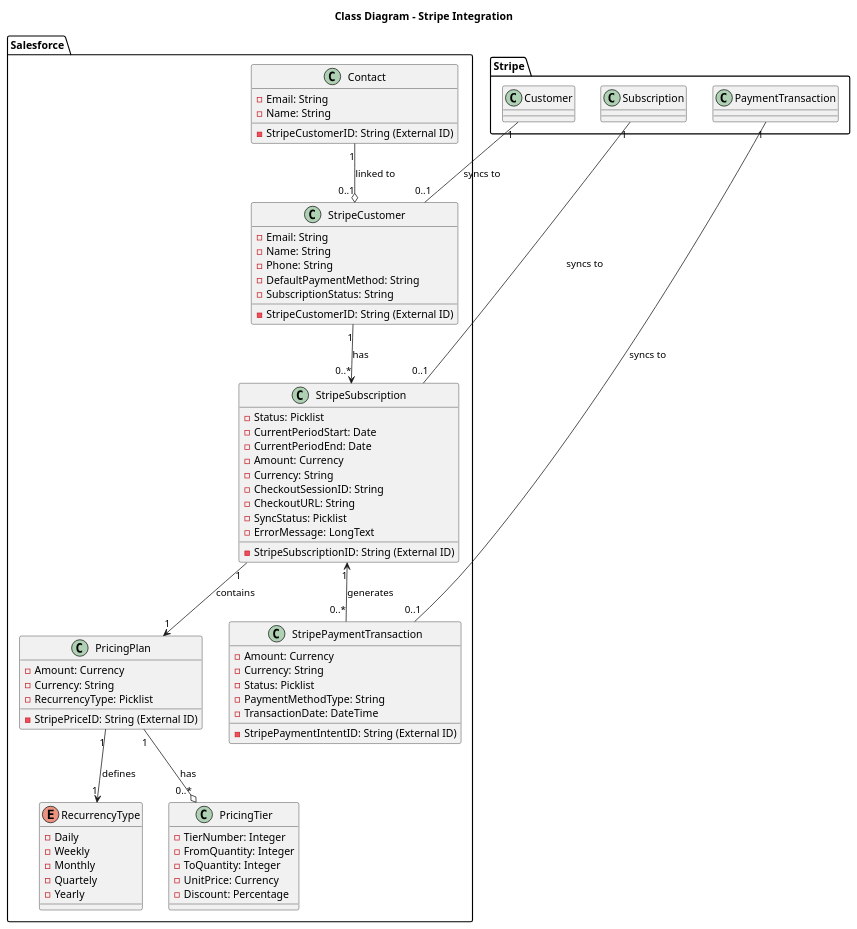
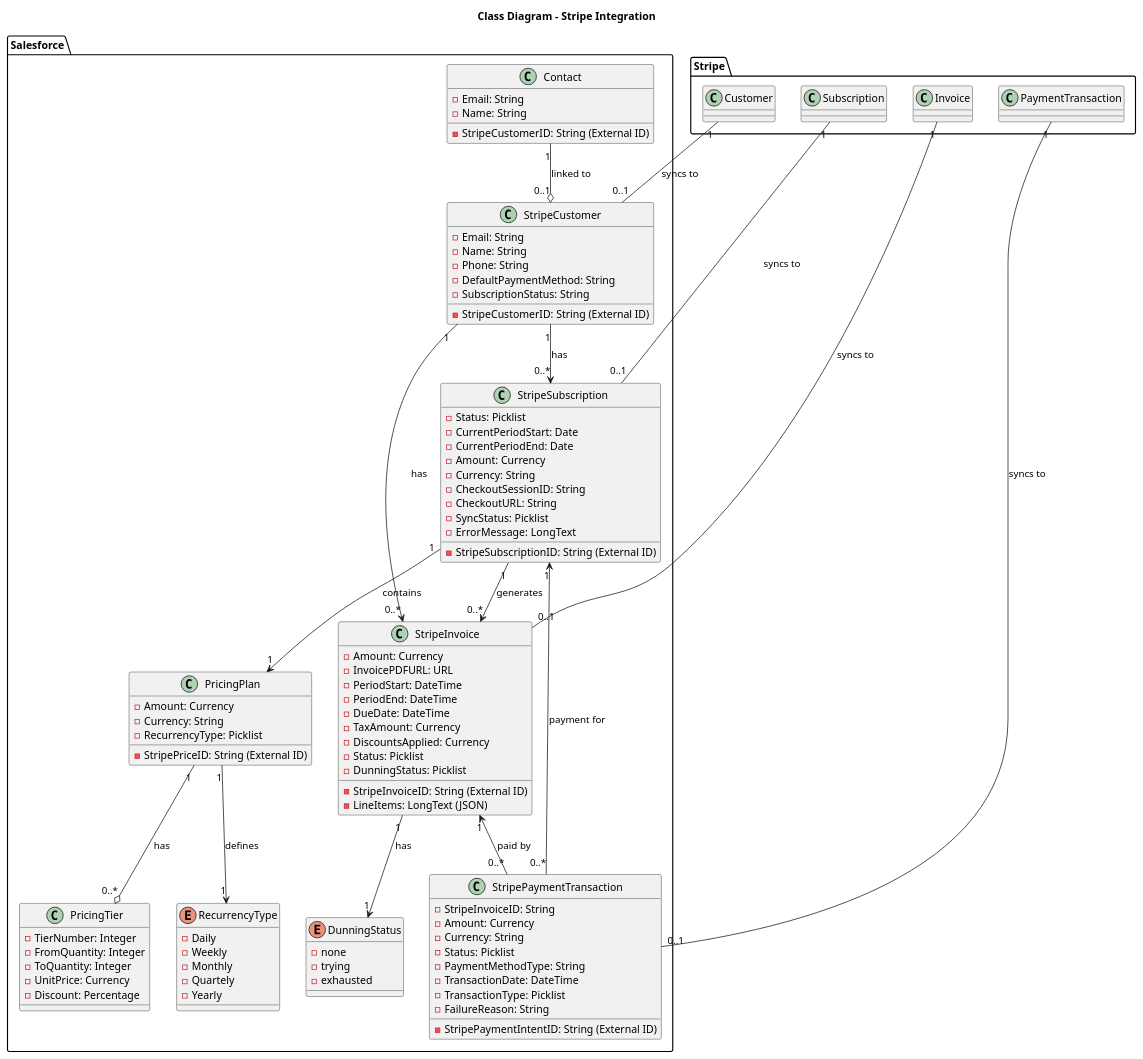
The diagram in diagrams/dataModel.puml (Cloud-Code-Academy/salesforce-stripe-payment-processing-mtb), drawn with PlantUML before and after one commit. The commit also changed 1 other file, not shown here.

Commit message:
update: data model and technical.md to consider invoice

```diff
--- a/diagrams/dataModel.puml
+++ b/diagrams/dataModel.puml
@@ -1,78 +1,105 @@
 @startuml Class Diagram
 
 title Class Diagram - Stripe Integration
 
 package Stripe{
     class Customer
     class Subscription
+    class Invoice
     class PaymentTransaction
 }
 
 package Salesforce {
     class Contact {
         - Email: String
         - Name: String
         - StripeCustomerID: String (External ID)
     }
     class StripeCustomer {
         - StripeCustomerID: String (External ID)
         - Email: String
         - Name: String
         - Phone: String
         - DefaultPaymentMethod: String
         - SubscriptionStatus: String
     }
     class StripeSubscription {
         - StripeSubscriptionID: String (External ID)
         - Status: Picklist
         - CurrentPeriodStart: Date
         - CurrentPeriodEnd: Date
         - Amount: Currency
         - Currency: String
         - CheckoutSessionID: String
         - CheckoutURL: String
         - SyncStatus: Picklist
         - ErrorMessage: LongText
     }
+    class StripeInvoice {
+        - StripeInvoiceID: String (External ID)
+        - Amount: Currency
+        - LineItems: LongText (JSON)
+        - InvoicePDFURL: URL
+        - PeriodStart: DateTime
+        - PeriodEnd: DateTime
+        - DueDate: DateTime
+        - TaxAmount: Currency
+        - DiscountsApplied: Currency
+        - Status: Picklist
+        - DunningStatus: Picklist
+    }
     class StripePaymentTransaction {
         - StripePaymentIntentID: String (External ID)
+        - StripeInvoiceID: String
         - Amount: Currency
         - Currency: String
         - Status: Picklist
         - PaymentMethodType: String
         - TransactionDate: DateTime
+        - TransactionType: Picklist
+        - FailureReason: String
+    }
+    enum DunningStatus {
+        - none
+        - trying
+        - exhausted
     }
     class PricingPlan {
         - StripePriceID: String (External ID)
         - Amount: Currency
         - Currency: String
         - RecurrencyType: Picklist
     }
     enum RecurrencyType {
         - Daily
         - Weekly
         - Monthly
         - Quartely
         - Yearly
     }
     class PricingTier {
         - TierNumber: Integer
         - FromQuantity: Integer
         - ToQuantity: Integer
         - UnitPrice: Currency
         - Discount: Percentage
     }
 }
 
 Customer "1" -- "0..1" StripeCustomer : syncs to
 Subscription "1" -- "0..1" StripeSubscription : syncs to
+Invoice "1" -- "0..1" StripeInvoice : syncs to
 PaymentTransaction "1" -- "0..1" StripePaymentTransaction : syncs to
 
 Contact "1" --o "0..1" StripeCustomer : linked to
 StripeCustomer "1" --> "0..*" StripeSubscription : has
+StripeCustomer "1" --> "0..*" StripeInvoice : has
 StripeSubscription "1" --> "1" PricingPlan : contains
-StripeSubscription "1" <-- "0..*" StripePaymentTransaction : generates
+StripeSubscription "1" --> "0..*" StripeInvoice : generates
+StripeSubscription "1" <-- "0..*" StripePaymentTransaction : payment for
+StripeInvoice "1" --> "1" DunningStatus : has
+StripeInvoice "1" <-- "0..*" StripePaymentTransaction : paid by
 PricingPlan "1" --> "1" RecurrencyType : defines
 PricingPlan "1" --o "0..*" PricingTier : has
 
 @enduml
```
